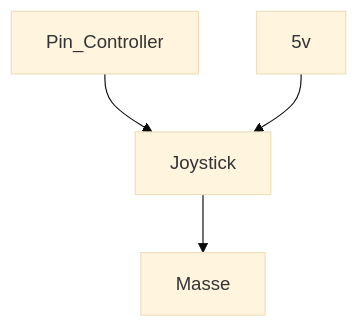
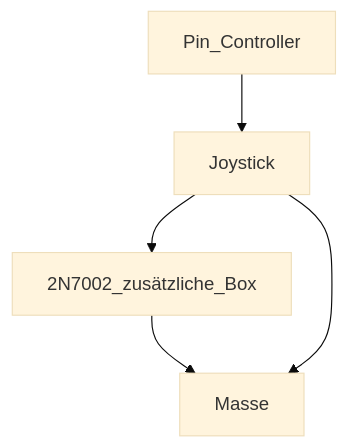
The diagram in README.md (al3c00/Samro_Bedienbox), drawn with Mermaid (base theme) before and after one commit. The commit also changed other lines of this file, not shown here.

````diff
--- a/README.md
+++ b/README.md
@@ -16,6 +15,7 @@
 ```mermaid
   graph TD;
   Pin_Controller-->Joystick;
-  5v-->Joystick;
+  Joystick-->2N7002_zusätzliche_Box
+  2N7002_zusätzliche_Box-->Masse;
   Joystick-->Masse;
 ```
````
